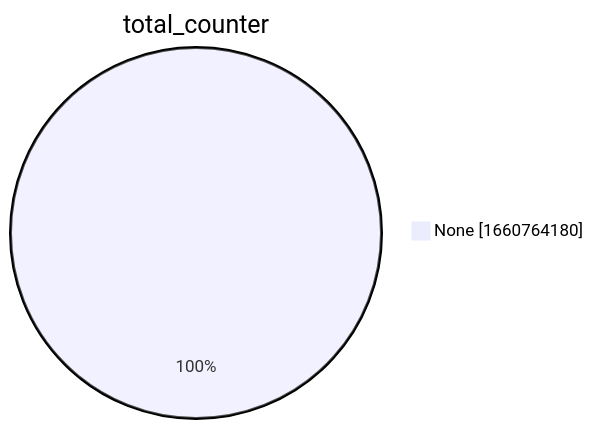
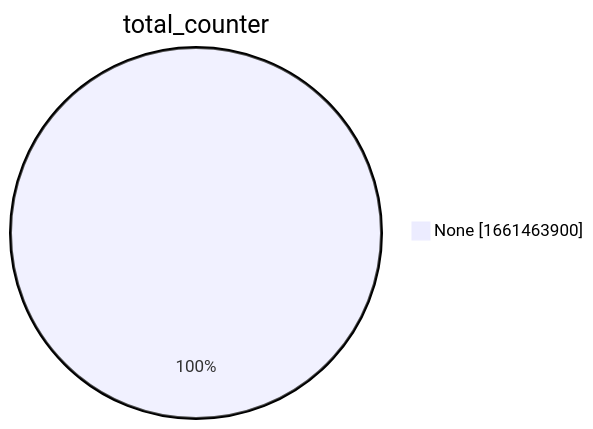
One commit to christiankrug/ctmonitor_visualization changed the second of 15 diagrams in xenon2022/README.md. Above: the diagram before and after it, drawn with Mermaid. The commit also changed other lines of this file, not shown here.

````diff
--- a/xenon2022/README.md
+++ b/xenon2022/README.md
@@ -9,5 +9,5 @@
 ```mermaid
 pie showData
 title total_counter
-"None" :1660764180
+"None" :1661463900
 ```
````
